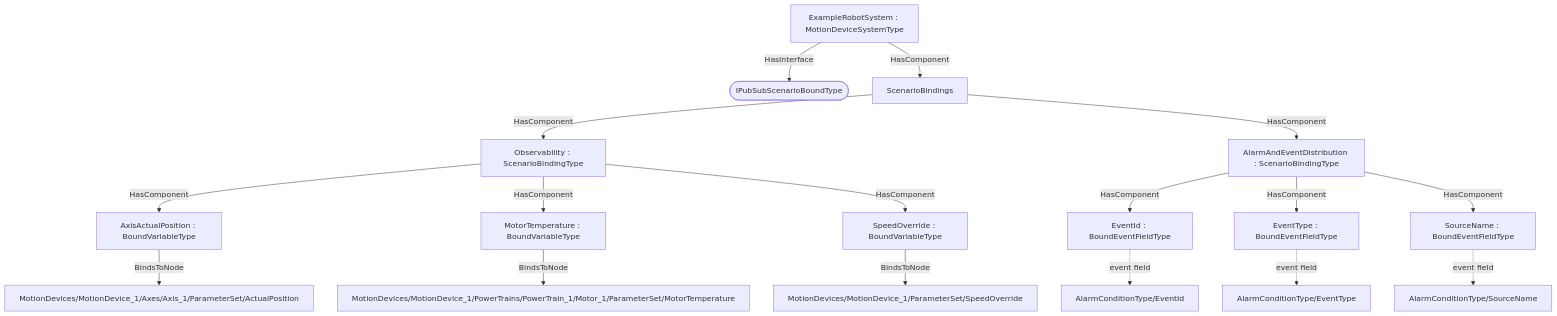
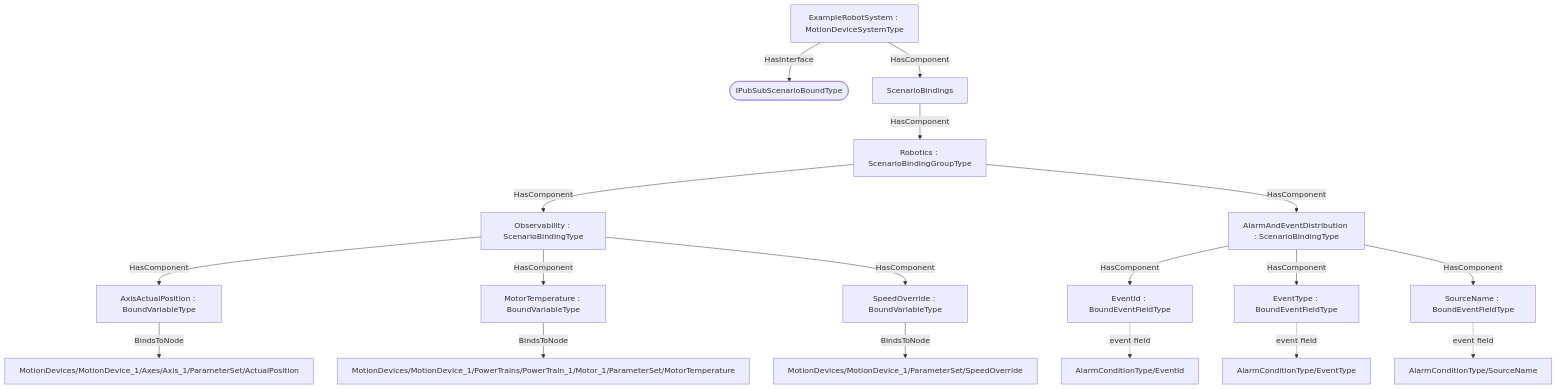
The second of 2 diagrams in core-specs/pubsub-binding/examples/robotics/OPC-UA-Robotics-PubSub-Scenario-Binding-Addendum.md (marcschier/opcua-drafts), drawn with Mermaid before and after one commit. The commit also changed other lines of this file and 12 other files, not shown here.

````diff
--- a/core-specs/pubsub-binding/examples/robotics/OPC-UA-Robotics-PubSub-Scenario-Binding-Addendum.md
+++ b/core-specs/pubsub-binding/examples/robotics/OPC-UA-Robotics-PubSub-Scenario-Binding-Addendum.md
@@ -126,20 +120,21 @@
 ```mermaid
 graph TD
   R["ExampleRobotSystem : MotionDeviceSystemType"]
   R -->|HasInterface| I([IPubSubScenarioBoundType])
   R -->|HasComponent| SB["ScenarioBindings"]
-  SB -->|HasComponent| B0["Observability : ScenarioBindingType"]
+  SB -->|HasComponent| G["Robotics : ScenarioBindingGroupType"]
+  G -->|HasComponent| B0["Observability : ScenarioBindingType"]
   B0 -->|HasComponent| IT00["AxisActualPosition : BoundVariableType"]
   IT00 -->|BindsToNode| N00["MotionDevices/MotionDevice_1/Axes/Axis_1/ParameterSet/ActualPosition"]
   B0 -->|HasComponent| IT01["MotorTemperature : BoundVariableType"]
   IT01 -->|BindsToNode| N01["MotionDevices/MotionDevice_1/PowerTrains/PowerTrain_1/Motor_1/ParameterSet/MotorTemperature"]
   B0 -->|HasComponent| IT02["SpeedOverride : BoundVariableType"]
   IT02 -->|BindsToNode| N02["MotionDevices/MotionDevice_1/ParameterSet/SpeedOverride"]
-  SB -->|HasComponent| B1["AlarmAndEventDistribution : ScenarioBindingType"]
+  G -->|HasComponent| B1["AlarmAndEventDistribution : ScenarioBindingType"]
   B1 -->|HasComponent| IT10["EventId : BoundEventFieldType"]
   IT10 -.event field.-> N10["AlarmConditionType/EventId"]
   B1 -->|HasComponent| IT11["EventType : BoundEventFieldType"]
   IT11 -.event field.-> N11["AlarmConditionType/EventType"]
   B1 -->|HasComponent| IT12["SourceName : BoundEventFieldType"]
   IT12 -.event field.-> N12["AlarmConditionType/SourceName"]
 ```
````
